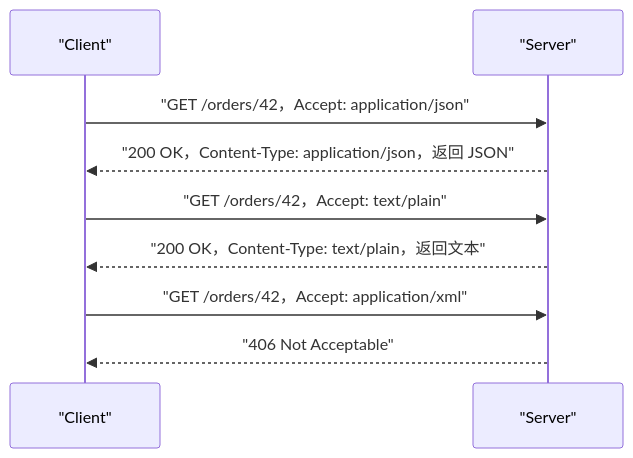
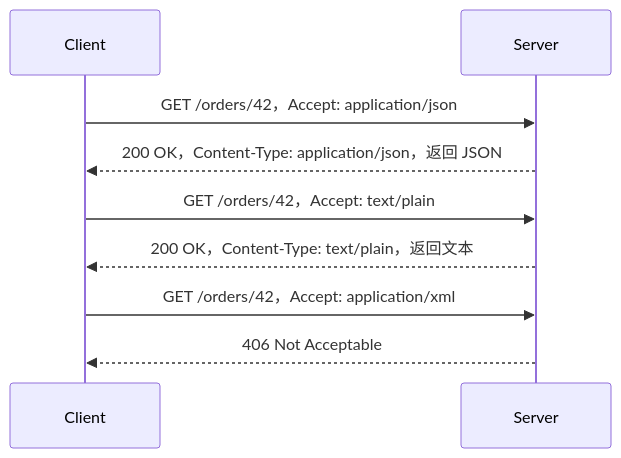
One commit to Shyu-x/frontend-interview changed the seventh of 9 diagrams in docs/api/rest-fundamentals.md. Above: the diagram before and after it, drawn with Mermaid. The commit also changed other lines of this file and 23 other files, not shown here.

First line of the commit message:
fix(docs): 修复 28 张无法渲染的 Mermaid 图，新增真实解析器校验与 PDF 下载页

````diff
--- a/docs/api/rest-fundamentals.md
+++ b/docs/api/rest-fundamentals.md
@@ -872,11 +872,11 @@
 ```mermaid
 sequenceDiagram
-    participant C as "Client"
-    participant S as "Server"
-    C->>S: "GET /orders/42，Accept: application/json"
-    S-->>C: "200 OK，Content-Type: application/json，返回 JSON"
-    C->>S: "GET /orders/42，Accept: text/plain"
-    S-->>C: "200 OK，Content-Type: text/plain，返回文本"
-    C->>S: "GET /orders/42，Accept: application/xml"
-    S-->>C: "406 Not Acceptable"
+    participant C as Client
+    participant S as Server
+    C->>S: GET /orders/42，Accept: application/json
+    S-->>C: 200 OK，Content-Type: application/json，返回 JSON
+    C->>S: GET /orders/42，Accept: text/plain
+    S-->>C: 200 OK，Content-Type: text/plain，返回文本
+    C->>S: GET /orders/42，Accept: application/xml
+    S-->>C: 406 Not Acceptable
 ```
````
